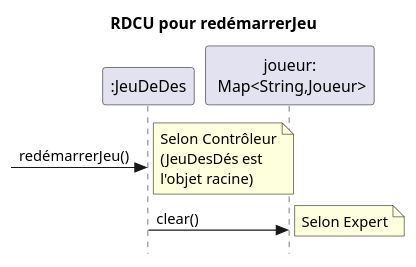
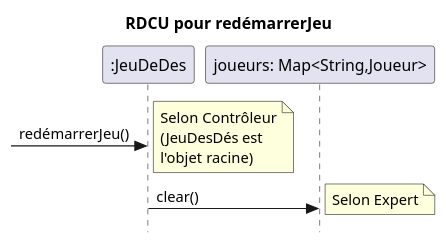
One commit to cc-probitaille/laboratoire-0-JFkodsi changed the diagram in docs/modeles/rdcu-redemarrerJeu.puml. Above: the diagram before and after it, drawn with PlantUML. The commit also changed 2 other files, not shown here.

Commit message:
Ajustement apporter au MDD et RDCU pour démarrer ainsi que redemarrer le jeu

```diff
--- a/docs/modeles/rdcu-redemarrerJeu.puml
+++ b/docs/modeles/rdcu-redemarrerJeu.puml
@@ -1,8 +1,12 @@
 @startuml réalisation de cas d'utilisation du redemmarage du jeu
 title RDCU pour redémarrerJeu
 skinparam Style strictuml
--> ":JeuDeDes" : redémarrerJeu()
+
+participant ":JeuDeDes" as c
+participant "joueurs: Map<String,Joueur>" as jm
+
+-> c : redémarrerJeu()
 note right: Selon Contrôleur\n(JeuDesDés est \nl'objet racine)
-":JeuDeDes" -> "joueur:\n Map<String,Joueur>" : clear()
+c -> jm : clear()
 note right: Selon Expert
 @enduml
```
